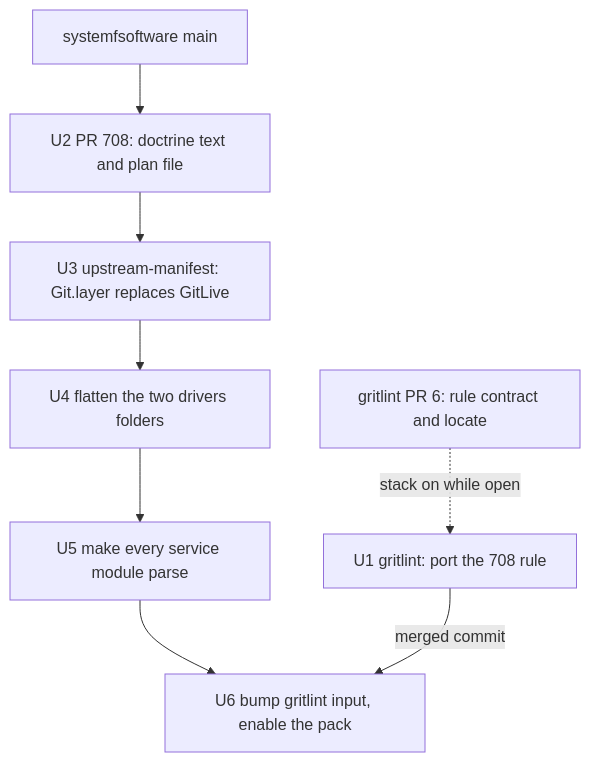
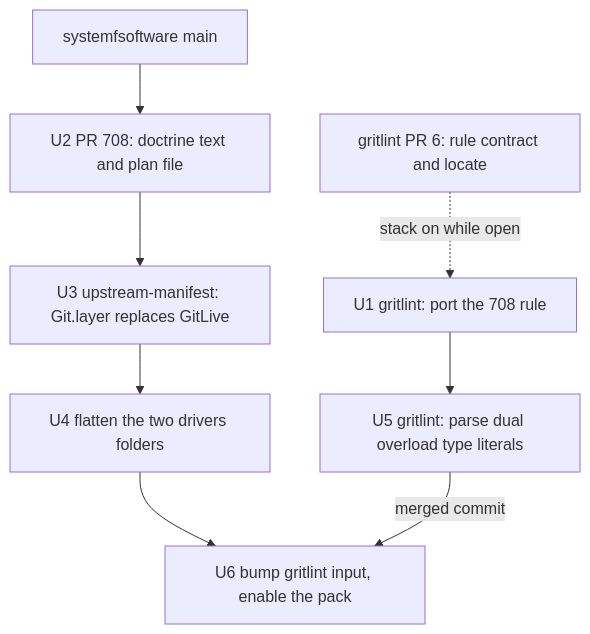
The diagram in docs/plans/2026-10-10-0806-refactor-cell-service-layer-structure-plan.md (systemfsoftware/systemfsoftware), drawn with Mermaid before and after one commit. The commit also changed other lines of this file, not shown here.

First line of the commit message:
docs(cell-architecture): apply the plan review rulings

````diff
--- a/docs/plans/2026-10-10-0806-refactor-cell-service-layer-structure-plan.md
+++ b/docs/plans/2026-10-10-0806-refactor-cell-service-layer-structure-plan.md
@@ -211,12 +215,12 @@
 ```mermaid
 flowchart TB
   G6[gritlint PR 6: rule contract and locate] -.->|stack on while open| U1
   U1[U1 gritlint: port the 708 rule]
   M[systemfsoftware main] --> U2
   U2[U2 PR 708: doctrine text and plan file]
+  U1 --> U5[U5 gritlint: parse dual overload type literals]
   U2 --> U3[U3 upstream-manifest: Git.layer replaces GitLive]
   U3 --> U4[U4 flatten the two drivers folders]
-  U4 --> U5[U5 make every service module parse]
-  U5 --> U6[U6 bump gritlint input, enable the pack]
-  U1 -->|merged commit| U6
+  U4 --> U6[U6 bump gritlint input, enable the pack]
+  U5 -->|merged commit| U6
 ```
````
